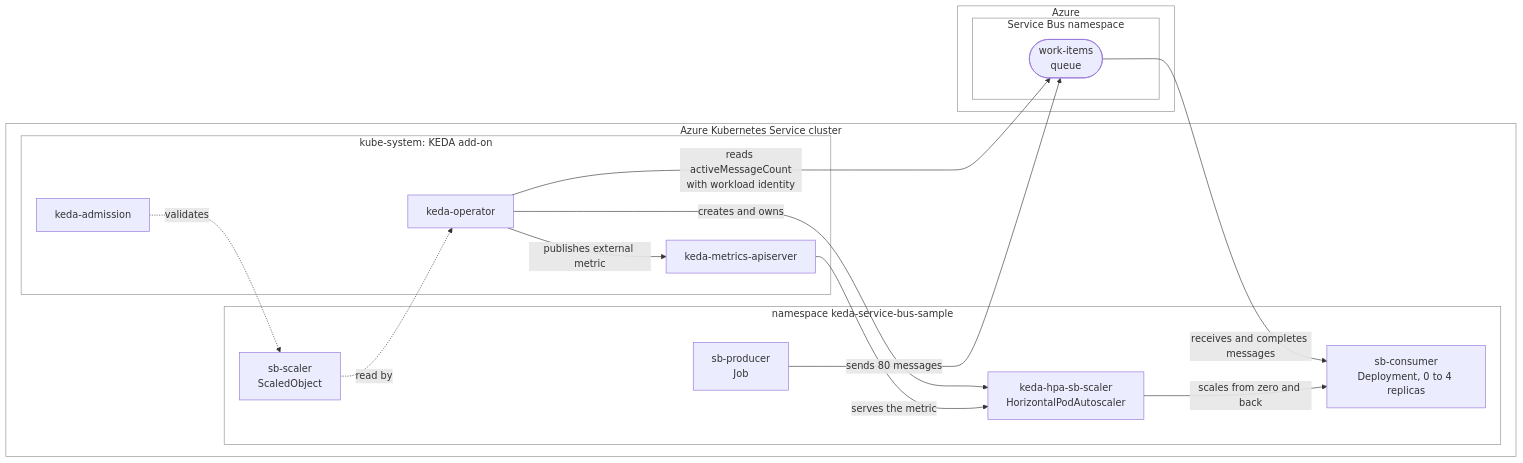
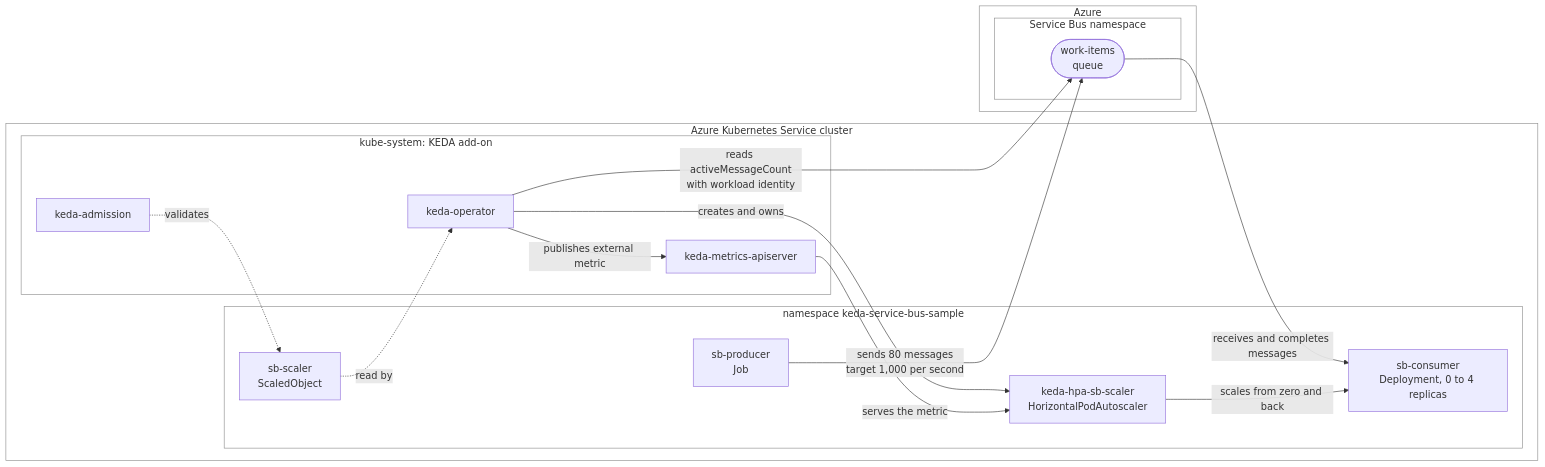
Before and after one commit to becheng/aks-keda-servicebus-sample: the diagram in tutorials/keda/service-bus/README.md, drawn with Mermaid. The commit also changed other lines of this file and 7 other files, not shown here.

Commit message:
Target 1,000 messages per second in Service Bus sample

````diff
--- a/tutorials/keda/service-bus/README.md
+++ b/tutorials/keda/service-bus/README.md
@@ -19,33 +19,33 @@
 ```mermaid
 %%{init: {'themeVariables': {'clusterBkg': 'transparent', 'clusterBorder': '#8c8c8c'}}}%%
 flowchart LR
     subgraph aks["Azure Kubernetes Service cluster"]
         subgraph kubesystem["kube-system: KEDA add-on"]
             operator["keda-operator"]
             metrics["keda-metrics-apiserver"]
             admission["keda-admission"]
         end
         subgraph appns["namespace keda-service-bus-sample"]
             producer["sb-producer<br/>Job"]
             consumer["sb-consumer<br/>Deployment, 0 to 4 replicas"]
             scaledobject["sb-scaler<br/>ScaledObject"]
             hpa["keda-hpa-sb-scaler<br/>HorizontalPodAutoscaler"]
         end
     end
 
     subgraph azure["Azure"]
         subgraph sbns["Service Bus namespace"]
             queue(["work-items<br/>queue"])
         end
     end
 
-    producer -->|"sends 80 messages"| queue
+    producer -->|"sends 80 messages<br/>target 1,000 per second"| queue
     queue -->|"receives and completes messages"| consumer
     operator -->|"reads activeMessageCount<br/>with workload identity"| queue
     scaledobject -.->|"read by"| operator
     operator -->|"creates and owns"| hpa
     operator -->|"publishes external metric"| metrics
     metrics -->|"serves the metric"| hpa
     hpa -->|"scales from zero and back"| consumer
     admission -.->|"validates"| scaledobject
 ```
````
